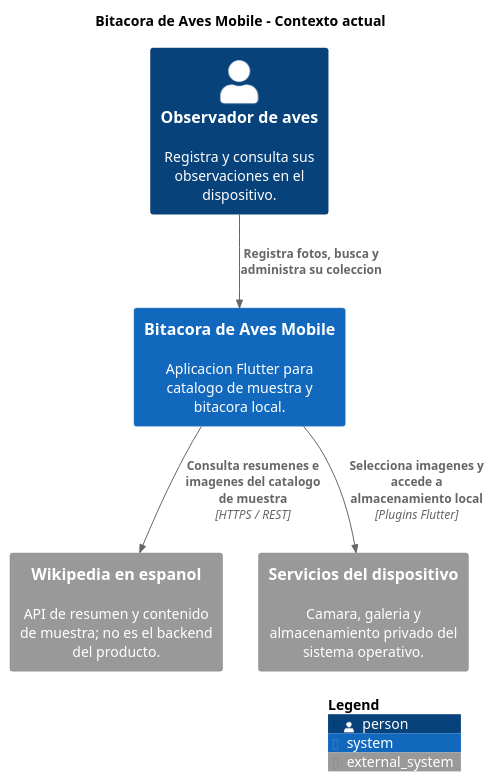
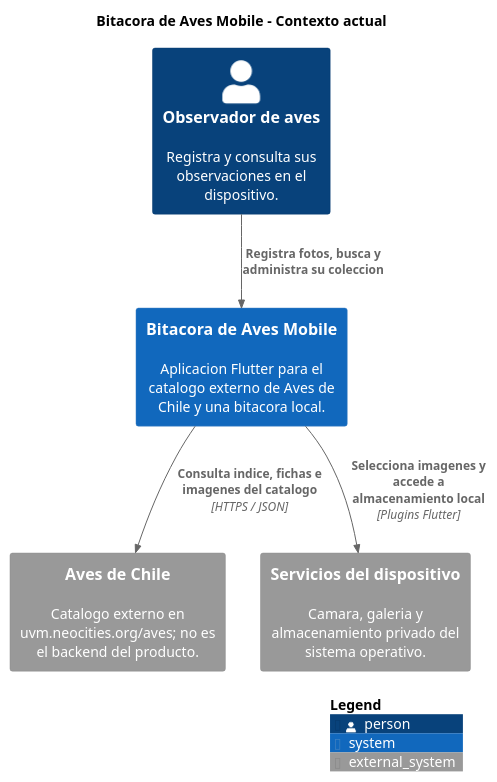
The diagram in mobile/docs/modules/ROOT/partials/mobile-c4-context.puml (cinfuvm/2026_ProyectoAves), drawn with PlantUML before and after one commit. The commit also changed 4 other files, not shown here.

Commit message:
docs(mobile): corregir referencias de Wikipedia a Aves de Chile

```diff
--- a/mobile/docs/modules/ROOT/partials/mobile-c4-context.puml
+++ b/mobile/docs/modules/ROOT/partials/mobile-c4-context.puml
@@ -1,16 +1,16 @@
 @startuml
 !includeurl https://raw.githubusercontent.com/plantuml-stdlib/C4-PlantUML/release/v2.12.0/C4_Context.puml
 
 title Bitacora de Aves Mobile - Contexto actual
 
 Person(usuario, "Observador de aves", "Registra y consulta sus observaciones en el dispositivo.")
-System(mobile, "Bitacora de Aves Mobile", "Aplicacion Flutter para catalogo de muestra y bitacora local.")
-System_Ext(wikipedia, "Wikipedia en espanol", "API de resumen y contenido de muestra; no es el backend del producto.")
+System(mobile, "Bitacora de Aves Mobile", "Aplicacion Flutter para el catalogo externo de Aves de Chile y una bitacora local.")
+System_Ext(aveschile, "Aves de Chile", "Catalogo externo en uvm.neocities.org/aves; no es el backend del producto.")
 System_Ext(so, "Servicios del dispositivo", "Camara, galeria y almacenamiento privado del sistema operativo.")
 
 Rel(usuario, mobile, "Registra fotos, busca y administra su coleccion")
-Rel(mobile, wikipedia, "Consulta resumenes e imagenes del catalogo de muestra", "HTTPS / REST")
+Rel(mobile, aveschile, "Consulta indice, fichas e imagenes del catalogo", "HTTPS / JSON")
 Rel(mobile, so, "Selecciona imagenes y accede a almacenamiento local", "Plugins Flutter")
 
 SHOW_LEGEND()
 @enduml
```
